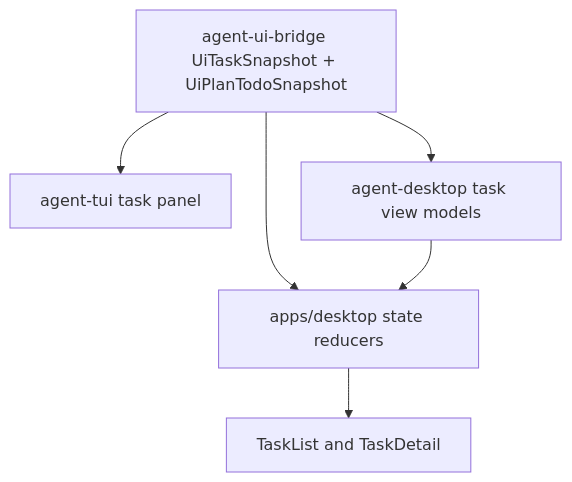
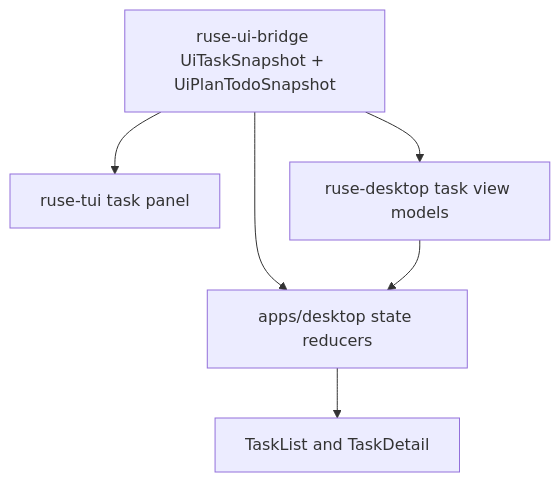
Before and after one commit to poneding/agent: the diagram in docs/specs/M61-03-tui-desktop-plan-task-surfaces.spec.md, drawn with Mermaid. The commit also changed other lines of this file and 2091 other files, not shown here.

First line of the commit message:
refactor: rename agent branding to ruse

````diff
--- a/docs/specs/M61-03-tui-desktop-plan-task-surfaces.spec.md
+++ b/docs/specs/M61-03-tui-desktop-plan-task-surfaces.spec.md
@@ -34,8 +34,8 @@
 ```mermaid
 flowchart TD
-  Bridge["agent-ui-bridge UiTaskSnapshot + UiPlanTodoSnapshot"] --> TUI["agent-tui task panel"]
-  Bridge --> DesktopRust["agent-desktop task view models"]
+  Bridge["ruse-ui-bridge UiTaskSnapshot + UiPlanTodoSnapshot"] --> TUI["ruse-tui task panel"]
+  Bridge --> DesktopRust["ruse-desktop task view models"]
   Bridge --> DesktopTs["apps/desktop state reducers"]
   DesktopRust --> DesktopTs
   DesktopTs --> React["TaskList and TaskDetail"]
 ```
````
